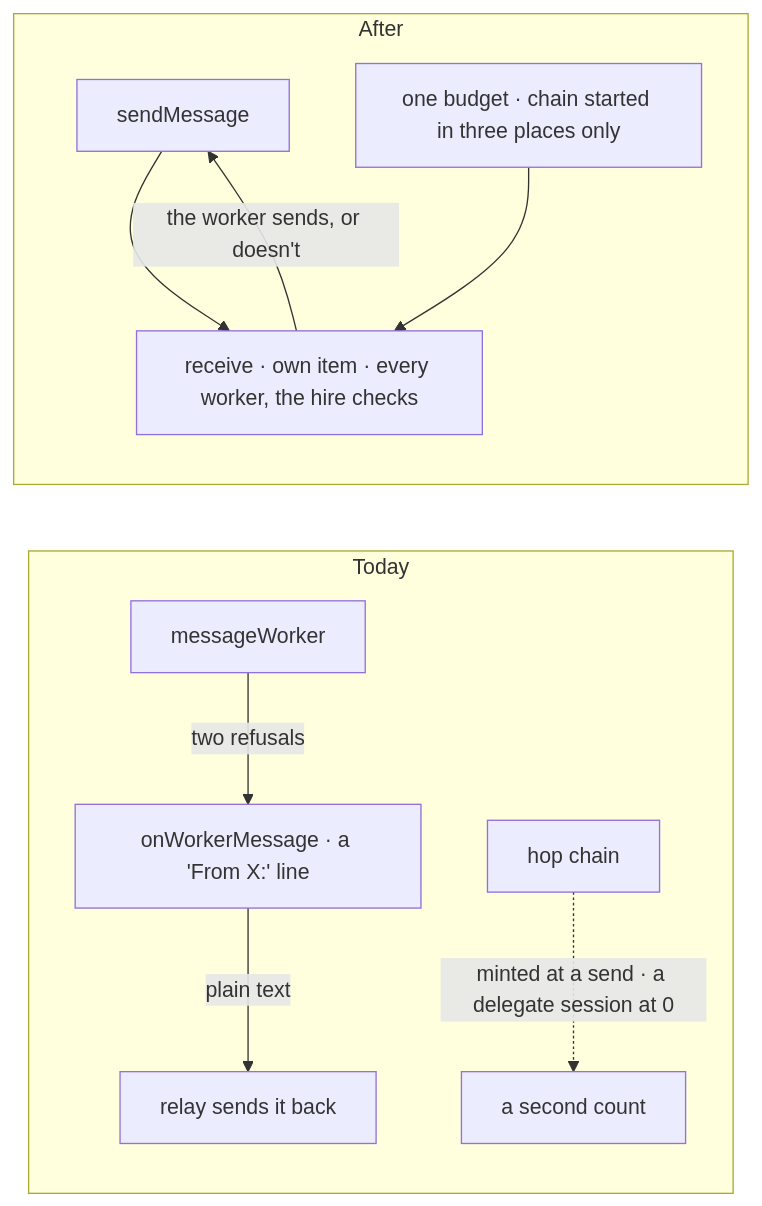
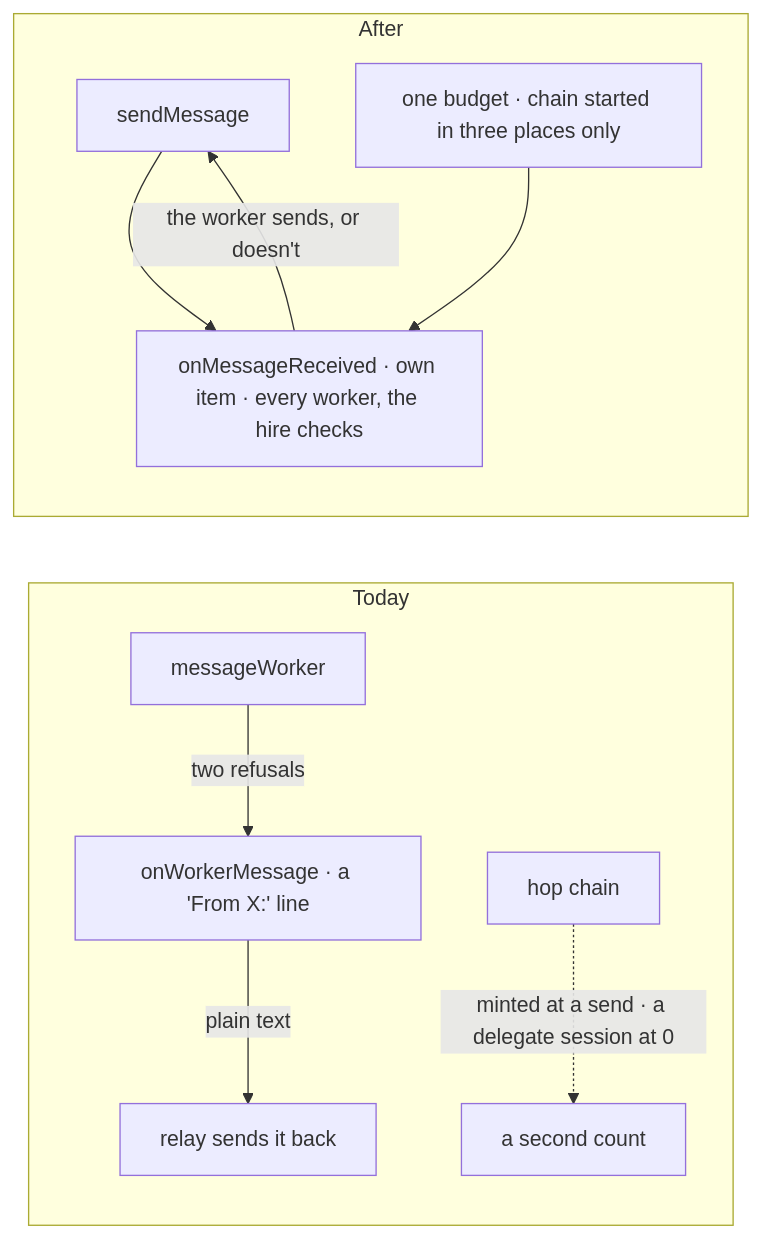
Before and after one commit to fixpoint-labs/flow-state-dev: the second of 3 diagrams in specs/issues/FIX-2238/SPEC.md, drawn with Mermaid. The commit also changed other lines of this file and 10 other files, not shown here.

First line of the commit message:
FIX-2070/FIX-2238 specs: the entry is onMessageReceived

````diff
--- a/specs/issues/FIX-2238/SPEC.md
+++ b/specs/issues/FIX-2238/SPEC.md
@@ -63,13 +63,13 @@
 ```mermaid
 flowchart LR
   subgraph today ["Today"]
     T1["messageWorker"] -->|"two refusals"| T2["onWorkerMessage · a 'From X:' line"]
     T2 -->|"plain text"| T3["relay sends it back"]
     T4["hop chain"] -.->|"minted at a send · a delegate session at 0"| T5["a second count"]
   end
   subgraph after ["After"]
-    A1["sendMessage"] --> A2["receive · own item · every worker, the hire checks"]
+    A1["sendMessage"] --> A2["onMessageReceived · own item · every worker, the hire checks"]
     A2 -->|"the worker sends, or doesn't"| A1
     A3["one budget · chain started in three places only"] --> A2
   end
 ```
````
